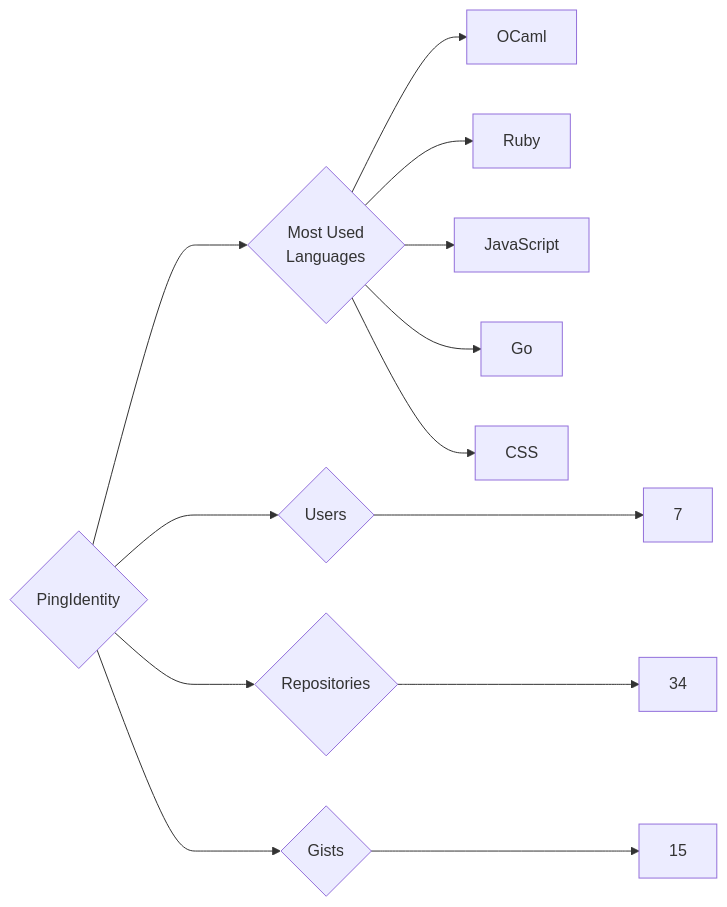
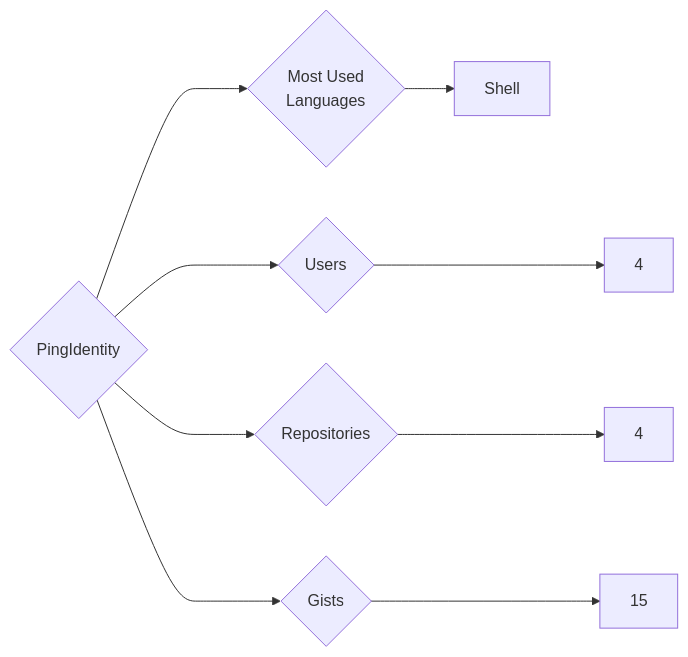
Before and after one commit to trickest/insiders: the diagram in targets/PingIdentity/README.md, drawn with Mermaid. The commit also changed 1484 other files, not shown here.

````diff
--- a/targets/PingIdentity/README.md
+++ b/targets/PingIdentity/README.md
@@ -3,13 +3,9 @@
 ```mermaid
 graph LR
 COMPANY_NAME{PingIdentity}
-COMPANY_NAME ---> U{Users} ---> UN[7]
-COMPANY_NAME ---> R{Repositories} ---> RN[34]
+COMPANY_NAME ---> U{Users} ---> UN[4]
+COMPANY_NAME ---> R{Repositories} ---> RN[4]
 COMPANY_NAME ---> G{Gists} ---> GN[15]
 COMPANY_NAME ---> ML{Most Used<br>Languages}
-ML --> OCaml[OCaml]
-ML --> Ruby[Ruby]
-ML --> JavaScript[JavaScript]
-ML --> Go[Go]
-ML --> CSS[CSS]
+ML --> Shell[Shell]
 ```
````
